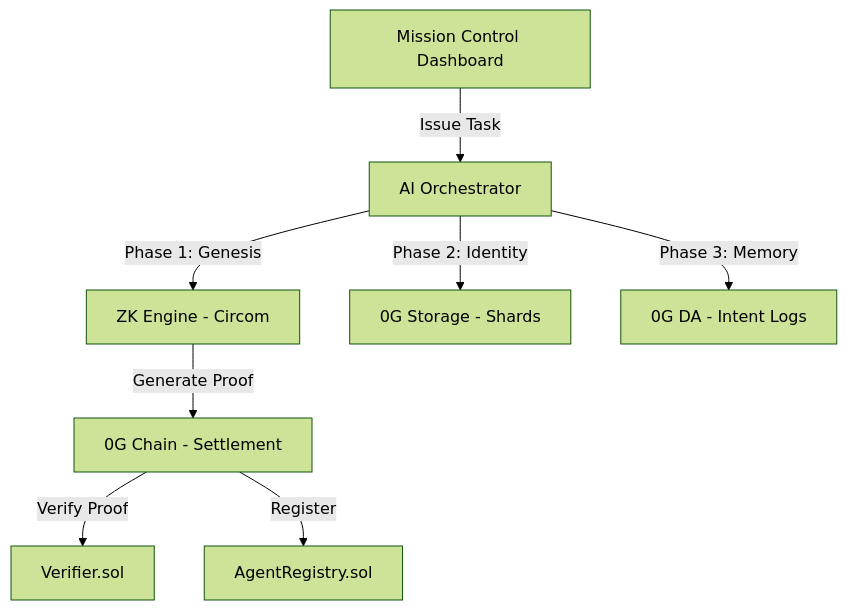
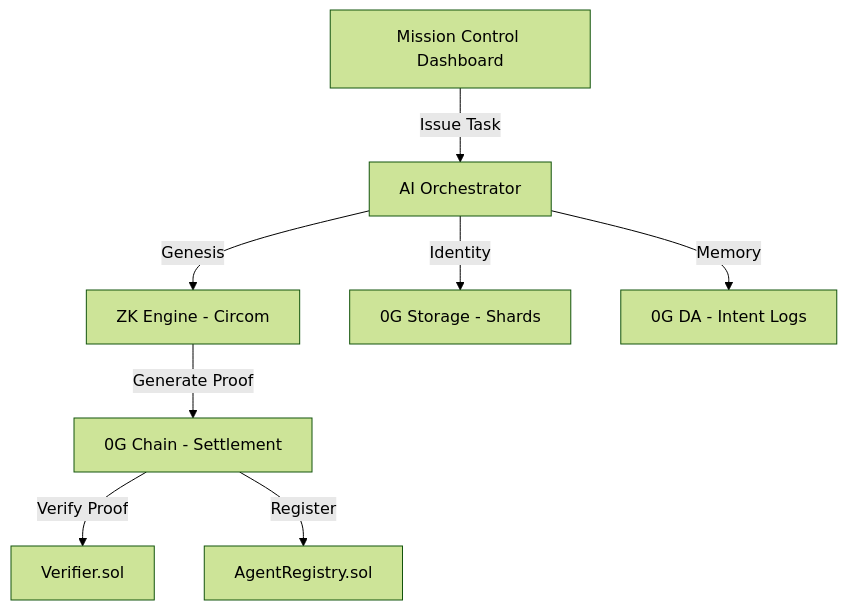
One commit to barneybo18/OGsovergienkey changed the diagram in README.md. Above: the diagram before and after it, drawn with Mermaid (forest theme). The commit also changed other lines of this file and 21 other files, not shown here.

````diff
--- a/README.md
+++ b/README.md
@@ -37,10 +20,10 @@
 ```mermaid
 graph TD
     A[Mission Control Dashboard] -->|Issue Task| B[AI Orchestrator]
-    B -->|Phase 1: Genesis| C[ZK Engine - Circom]
+    B -->|Genesis| C[ZK Engine - Circom]
     C -->|Generate Proof| D[0G Chain - Settlement]
-    B -->|Phase 2: Identity| E[0G Storage - Shards]
-    B -->|Phase 3: Memory| F[0G DA - Intent Logs]
+    B -->|Identity| E[0G Storage - Shards]
+    B -->|Memory| F[0G DA - Intent Logs]
     D -->|Verify Proof| G[Verifier.sol]
     D -->|Register| H[AgentRegistry.sol]
 ```
````
